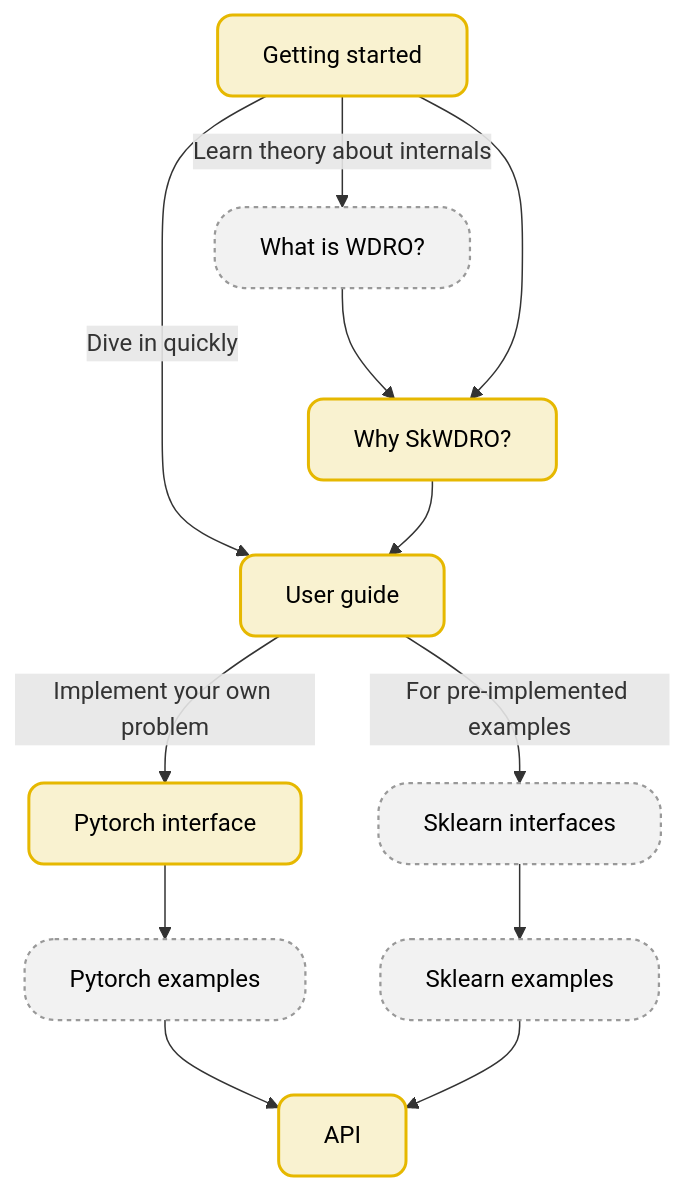
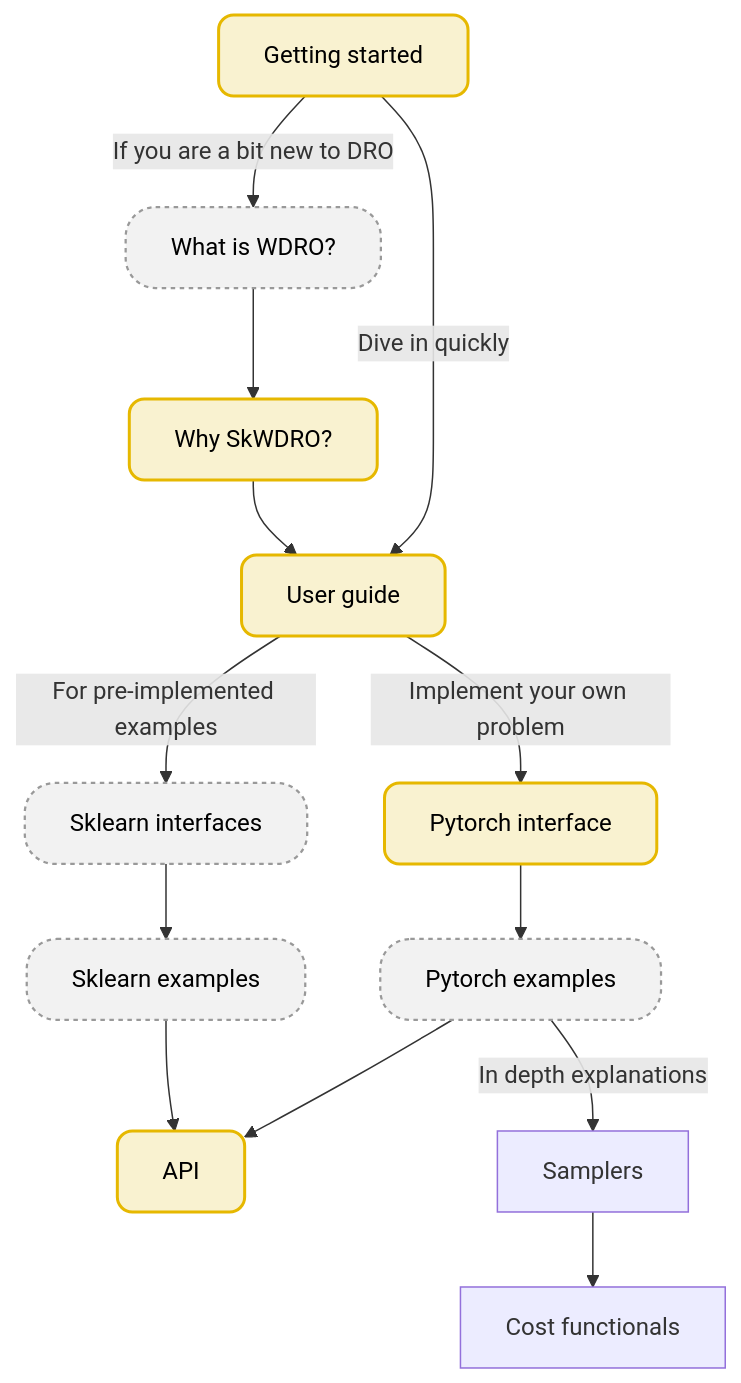
Before and after one commit to iutzeler/skwdro: the diagram in doc/index.rst, drawn with Mermaid. The commit also changed other lines of this file and 6 other files, not shown here.

```diff
--- a/doc/index.rst
+++ b/doc/index.rst
@@ -185,33 +79,38 @@
 .. mermaid::
+   :align: center
 
    flowchart TD
       A["Getting started"]:::important
       A -->|"Dive in quickly"| B["User guide"]:::important
-      A -->|"Learn theory about internals"| C["What is WDRO?"]:::normal
+      A -->|"If you are a bit new to DRO"| C["What is WDRO?"]:::normal
       C --> D["Why SkWDRO?"]:::important
-      A --> D
       D --> B
 
       B -->|"Implement your own problem"| F["Pytorch interface"]:::important
       F --> G["Pytorch examples"]:::normal
 
       B -->|"For pre-implemented examples"| H["Sklearn interfaces"]:::normal
       H --> I["Sklearn examples"]:::normal
 
       G --> J["API"]:::important
       I --> J
+
+      G -->|"In depth explanations"| K["Samplers"]
+      K --> L["Cost functionals"]
 
       %% Styles
       classDef important color:#EE8888,fill:#f9f2d0,stroke:#e6b800,stroke-width:2px,color:black,rx:10px,ry:10px;
       classDef normal color:#888888,fill:#f2f2f2,stroke:#999999,stroke-width:1.5px,color:black,stroke-dasharray:3 3,rx:20px,ry:20px;
 
       %% Hyperlinks
       click A "quick_start.html"
       click B "user_guide.html"
       click C "wdro.html"
       click D "why_skwdro.html"
       click F "pytorch.html"
       click G "examples/Custom/index.html"
       click H "sklearn.html"
       click I "examples/Builtin/index.html"
       click J "api_deepdive/submodules.html"
+      click K "tutos/samplers.html"
+      click L "tutos/costs.html"
```
